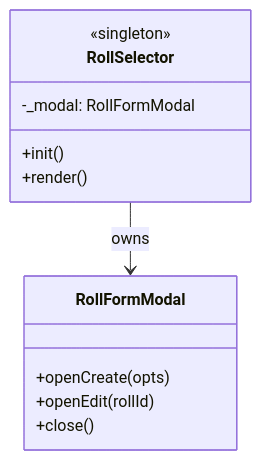
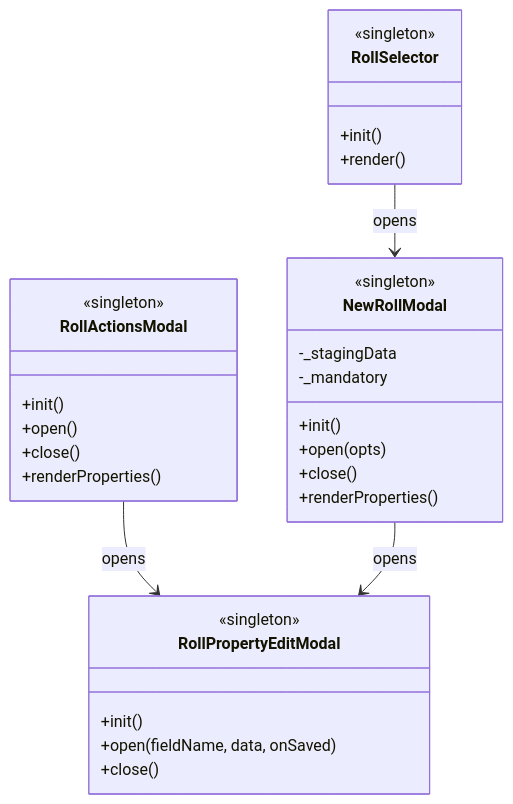
Before and after one commit to caksoylar/rolleirecord: the fourth of 5 diagrams in architecture.md, drawn with Mermaid. The commit also changed other lines of this file and 10 other files, not shown here.

First line of the commit message:
feat: replace roll form modal with settings-row property editor

````diff
--- a/architecture.md
+++ b/architecture.md
@@ -292,16 +295,34 @@
 ```mermaid
 classDiagram
     class RollSelector {
         <<singleton>>
-        -_modal: RollFormModal
         +init()
         +render()
     }
-    class RollFormModal {
-        +openCreate(opts)
-        +openEdit(rollId)
+    class NewRollModal {
+        <<singleton>>
+        -_stagingData
+        -_mandatory
+        +init()
+        +open(opts)
+        +close()
+        +renderProperties()
+    }
+    class RollActionsModal {
+        <<singleton>>
+        +init()
+        +open()
+        +close()
+        +renderProperties()
+    }
+    class RollPropertyEditModal {
+        <<singleton>>
+        +init()
+        +open(fieldName, data, onSaved)
         +close()
     }
 
-    RollSelector --> RollFormModal : owns
+    RollSelector --> NewRollModal : opens
+    RollActionsModal --> RollPropertyEditModal : opens
+    NewRollModal --> RollPropertyEditModal : opens
 ```
````
